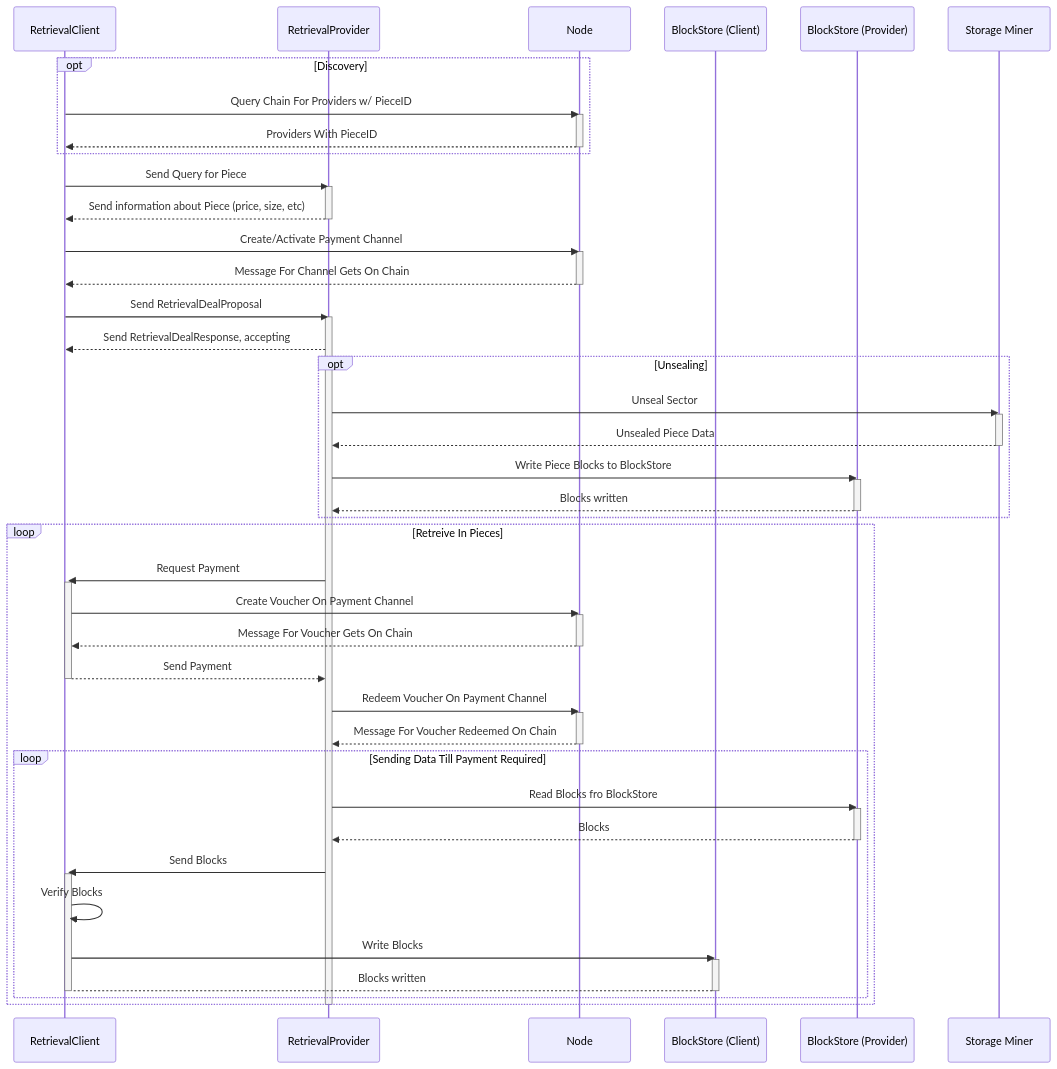
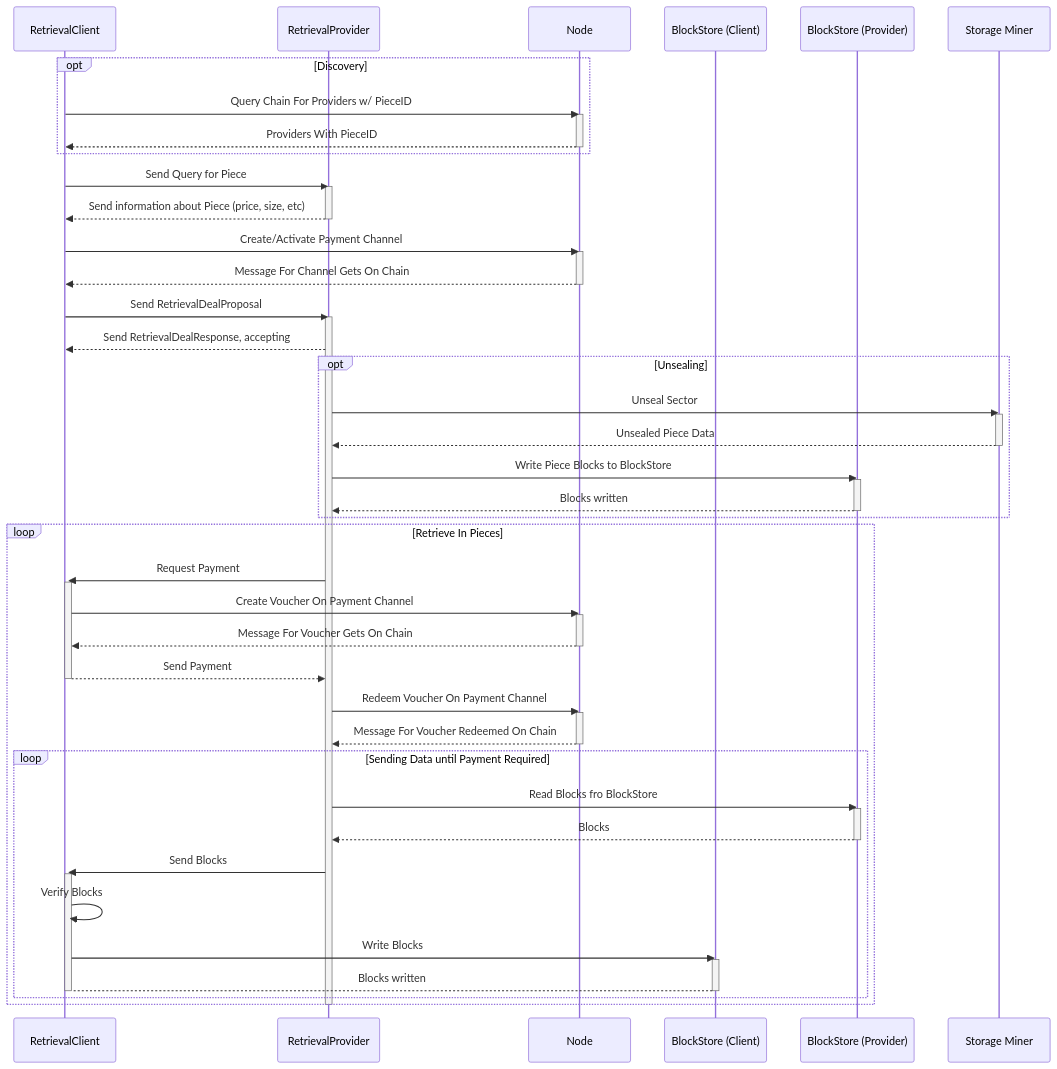
One commit to filecoin-project/specs changed the diagram in src/systems/filecoin_markets/retrieval_market/retrieval_flow_v0.mmd. Above: the diagram before and after it, drawn with Mermaid. The commit also changed 2 other files, not shown here.

```diff
--- a/src/systems/filecoin_markets/retrieval_market/retrieval_flow_v0.mmd
+++ b/src/systems/filecoin_markets/retrieval_market/retrieval_flow_v0.mmd
@@ -1,67 +1,67 @@
 sequenceDiagram
 
   participant Client as RetrievalClient
   participant Provider as RetrievalProvider
   participant Node
   participant BSC as BlockStore (Client)
   participant BSP as BlockStore (Provider)
   participant StorageMiner as Storage Miner
 
   opt Discovery
     Client ->> Node : Query Chain For Providers w/ PieceID
     activate Node
     Node -->> Client : Providers With PieceID
     deactivate Node
   end
 
   Client ->> Provider : Send Query for Piece
   activate Provider
   Provider -->> Client : Send information about Piece (price, size, etc)
   deactivate Provider
   Client ->> Node : Create/Activate Payment Channel
   activate Node
   Node -->> Client : Message For Channel Gets On Chain
   deactivate Node
   Client ->> Provider : Send RetrievalDealProposal
   activate Provider
   Provider -->> Client : Send RetrievalDealResponse, accepting
   activate Client
   opt Unsealing
   Provider ->> StorageMiner : Unseal Sector
   activate StorageMiner
   StorageMiner -->> Provider : Unsealed Piece Data
   deactivate StorageMiner
   Provider ->> BSP: Write Piece Blocks to BlockStore
   activate BSP
   BSP -->> Provider : Blocks written
   deactivate BSP
   end
-  loop Retreive In Pieces
+  loop Retrieve In Pieces
     Provider ->> Client : Request Payment
     activate Client
     Client ->> Node : Create Voucher On Payment Channel
     activate Node
     Node -->> Client : Message For Voucher Gets On Chain
     deactivate Node
     Client -->> Provider : Send Payment
     deactivate Client
     Provider ->> Node : Redeem Voucher On Payment Channel
     activate Node
     Node -->> Provider : Message For Voucher Redeemed On Chain
     deactivate Node
-    loop Sending Data Till Payment Required
+    loop Sending Data until Payment Required
         Provider ->> BSP: Read Blocks fro  BlockStore
         activate BSP
         BSP -->> Provider : Blocks
         deactivate BSP
         Provider ->> Client : Send Blocks
         activate Client
         Client ->> Client : Verify Blocks
         Client ->> BSC : Write Blocks
         activate BSC
         BSC --> Client: Blocks written
         deactivate BSC
         deactivate Client
     end
   end
   deactivate Provider
```
